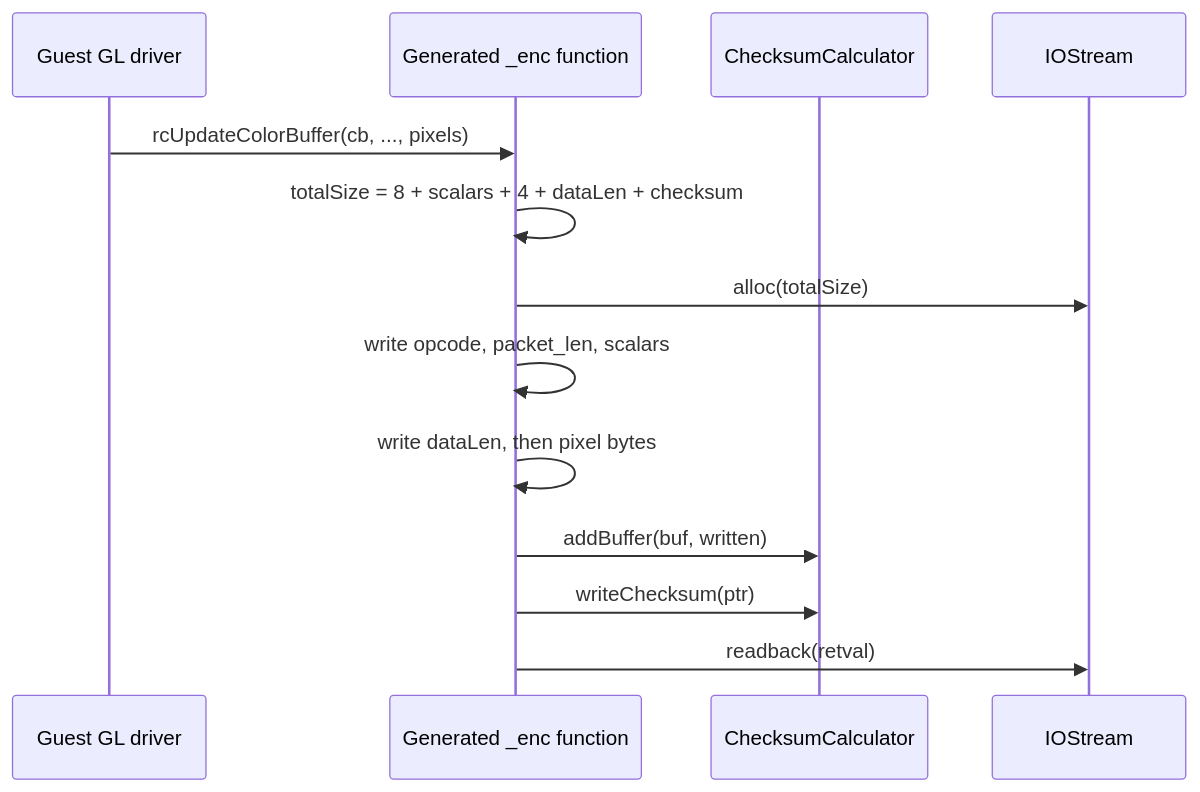
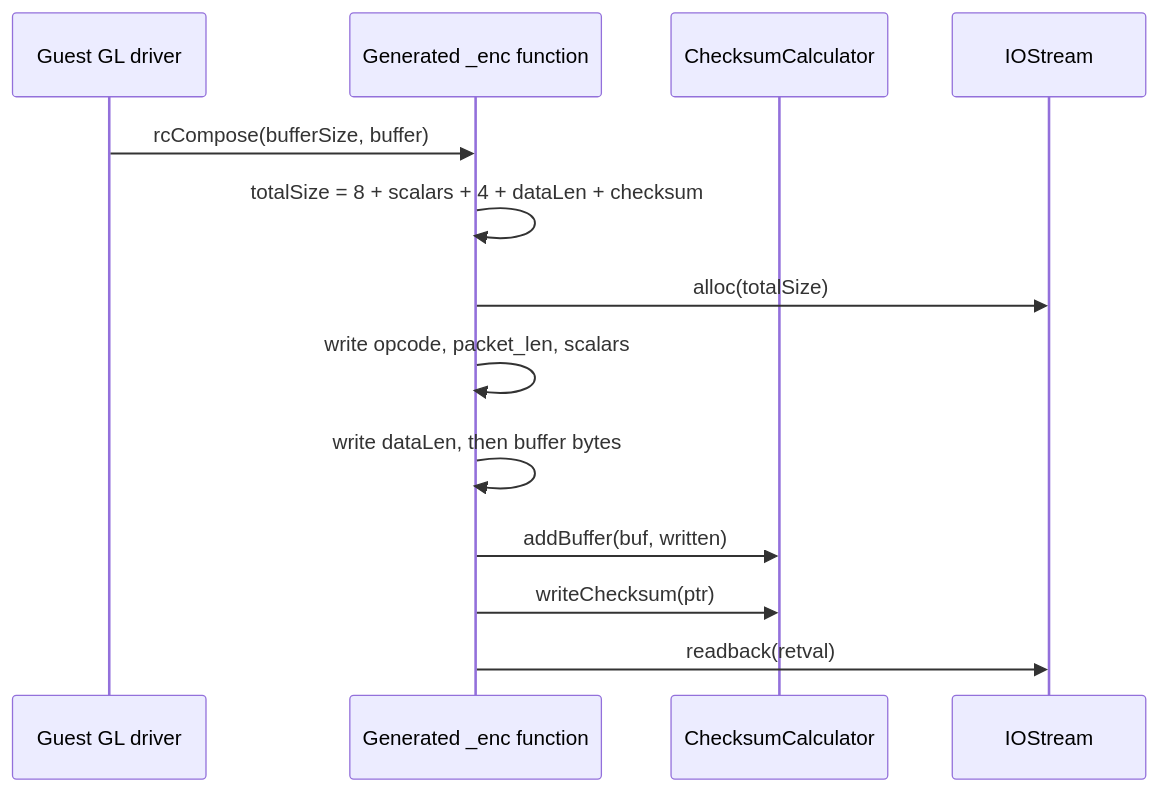
The third of 6 diagrams in 14-gfxstream-protocol.md (aospbooks/android-emulator-internal-book), drawn with Mermaid before and after one commit. The commit also changed other lines of this file and 31 other files, not shown here.

````diff
--- a/14-gfxstream-protocol.md
+++ b/14-gfxstream-protocol.md
@@ -217,15 +217,15 @@
 ```mermaid
 sequenceDiagram
     participant App as Guest GL driver
     participant Enc as Generated _enc function
     participant CK as ChecksumCalculator
     participant Stream as IOStream
-    App->>Enc: rcUpdateColorBuffer(cb, ..., pixels)
+    App->>Enc: rcCompose(bufferSize, buffer)
     Enc->>Enc: totalSize = 8 + scalars + 4 + dataLen + checksum
     Enc->>Stream: alloc(totalSize)
     Enc->>Enc: write opcode, packet_len, scalars
-    Enc->>Enc: write dataLen, then pixel bytes
+    Enc->>Enc: write dataLen, then buffer bytes
     Enc->>CK: addBuffer(buf, written)
     Enc->>CK: writeChecksum(ptr)
     Enc->>Stream: readback(retval)
 ```
````
